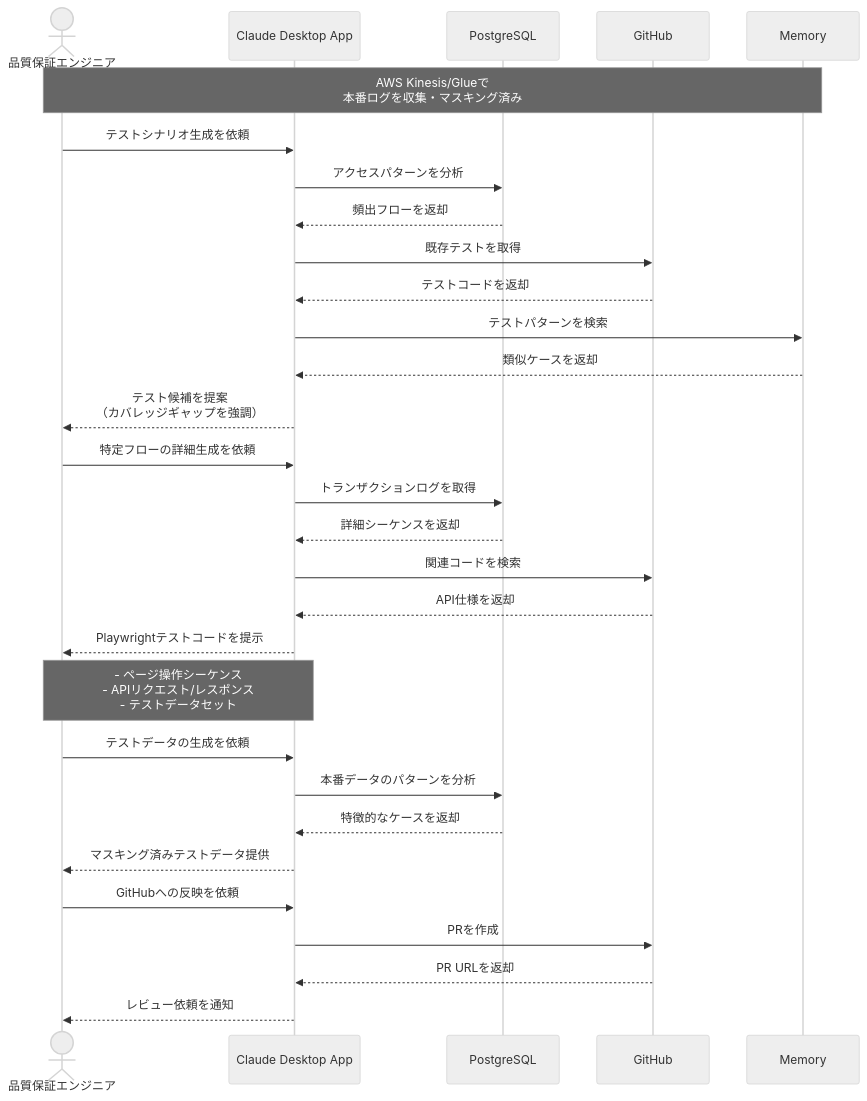
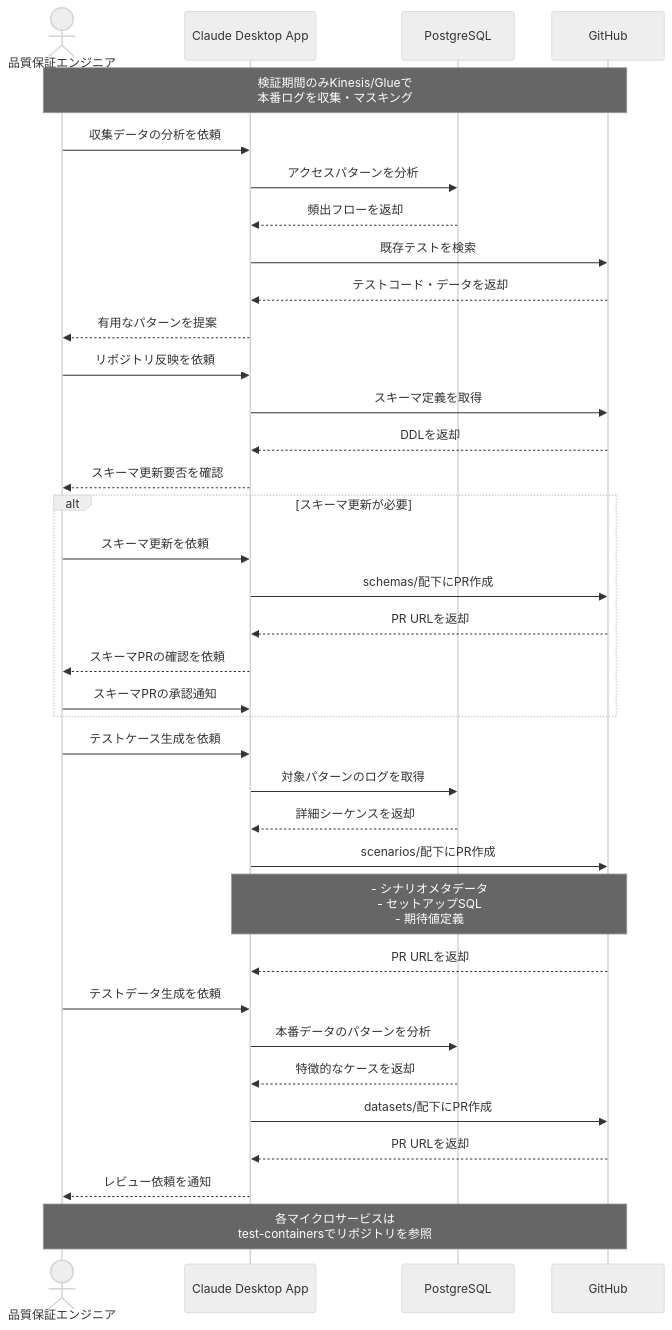
The diagram in docs/02_エンジニア/本番データからテストを自動生成する.md (po-shu/mcp-100-ideas), drawn with Mermaid (neutral theme) before and after one commit. The commit also changed other lines of this file and 5 other files, not shown here.

````diff
--- a/docs/02_エンジニア/本番データからテストを自動生成する.md
+++ b/docs/02_エンジニア/本番データからテストを自動生成する.md
@@ -17,34 +16,46 @@
 ```mermaid
 sequenceDiagram
     actor User as 品質保証エンジニア
     participant CAP as Claude Desktop App
     participant DB as PostgreSQL
     participant GH as GitHub
-    participant MEM as Memory
     
-    Note over User,MEM: AWS Kinesis/Glueで<br>本番ログを収集・マスキング済み
+    Note over User,GH: 検証期間のみKinesis/Glueで<br>本番ログを収集・マスキング
 
-    User->>CAP: テストシナリオ生成を依頼
+    User->>CAP: 収集データの分析を依頼
     CAP->>DB: アクセスパターンを分析
     DB-->>CAP: 頻出フローを返却
-    CAP->>GH: 既存テストを取得
-    GH-->>CAP: テストコードを返却
-    CAP->>MEM: テストパターンを検索
-    MEM-->>CAP: 類似ケースを返却
-    CAP-->>User: テスト候補を提案<br>（カバレッジギャップを強調）
-    User->>CAP: 特定フローの詳細生成を依頼
-    CAP->>DB: トランザクションログを取得
+    CAP->>GH: 既存テストを検索
+    GH-->>CAP: テストコード・データを返却
+
+    CAP-->>User: 有用なパターンを提案
+    User->>CAP: リポジトリ反映を依頼
+
+    CAP->>GH: スキーマ定義を取得
+    GH-->>CAP: DDLを返却
+    CAP-->>User: スキーマ更新要否を確認
+    
+    alt スキーマ更新が必要
+        User->>CAP: スキーマ更新を依頼
+        CAP->>GH: schemas/配下にPR作成
+        GH-->>CAP: PR URLを返却
+        CAP-->>User: スキーマPRの確認を依頼
+        User->>CAP: スキーマPRの承認通知
+    end
+
+    User->>CAP: テストケース生成を依頼
+    CAP->>DB: 対象パターンのログを取得
     DB-->>CAP: 詳細シーケンスを返却
-    CAP->>GH: 関連コードを検索
-    GH-->>CAP: API仕様を返却
-    CAP-->>User: Playwrightテストコードを提示
-    Note over CAP,User: - ページ操作シーケンス<br>- APIリクエスト/レスポンス<br>- テストデータセット
-    User->>CAP: テストデータの生成を依頼
+    CAP->>GH: scenarios/配下にPR作成
+    Note over CAP,GH: - シナリオメタデータ<br>- セットアップSQL<br>- 期待値定義
+    GH-->>CAP: PR URLを返却
+    
+    User->>CAP: テストデータ生成を依頼
     CAP->>DB: 本番データのパターンを分析
     DB-->>CAP: 特徴的なケースを返却
-    CAP-->>User: マスキング済みテストデータ提供
-    User->>CAP: GitHubへの反映を依頼
-    CAP->>GH: PRを作成
+    CAP->>GH: datasets/配下にPR作成
     GH-->>CAP: PR URLを返却
     CAP-->>User: レビュー依頼を通知
+
+    Note over User,GH: 各マイクロサービスは<br>test-containersでリポジトリを参照
 ```
````
